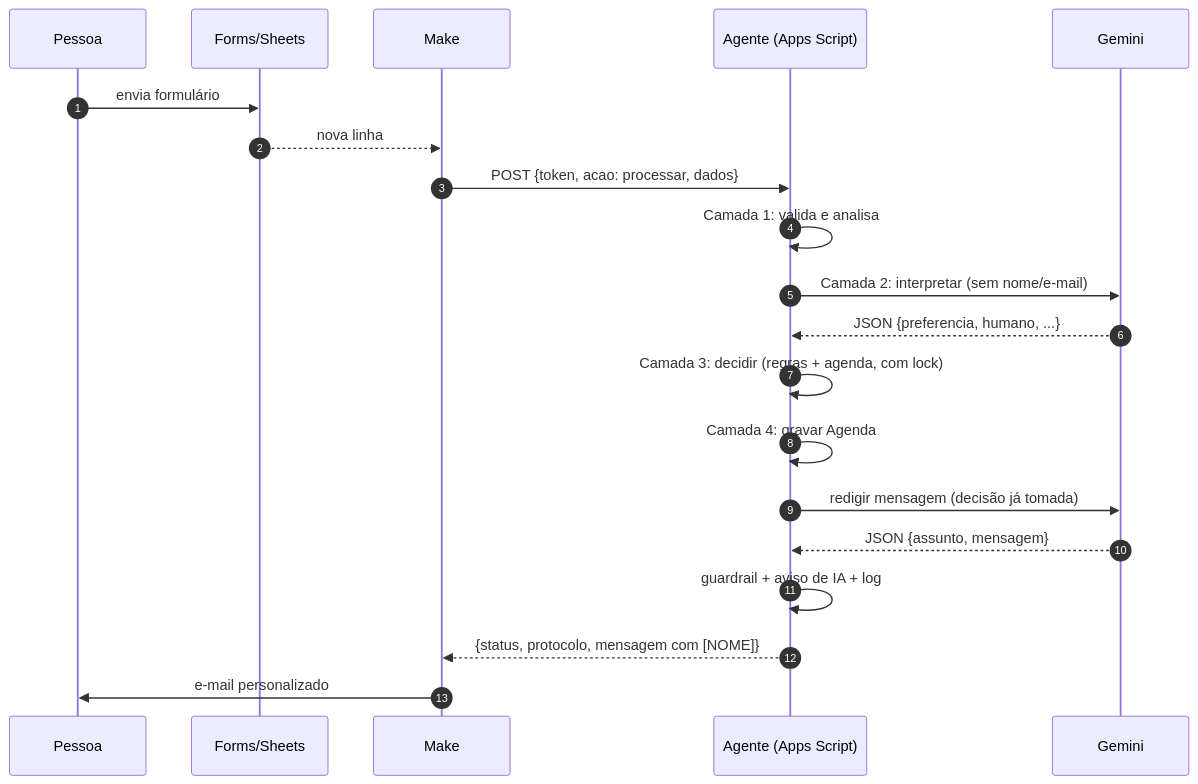
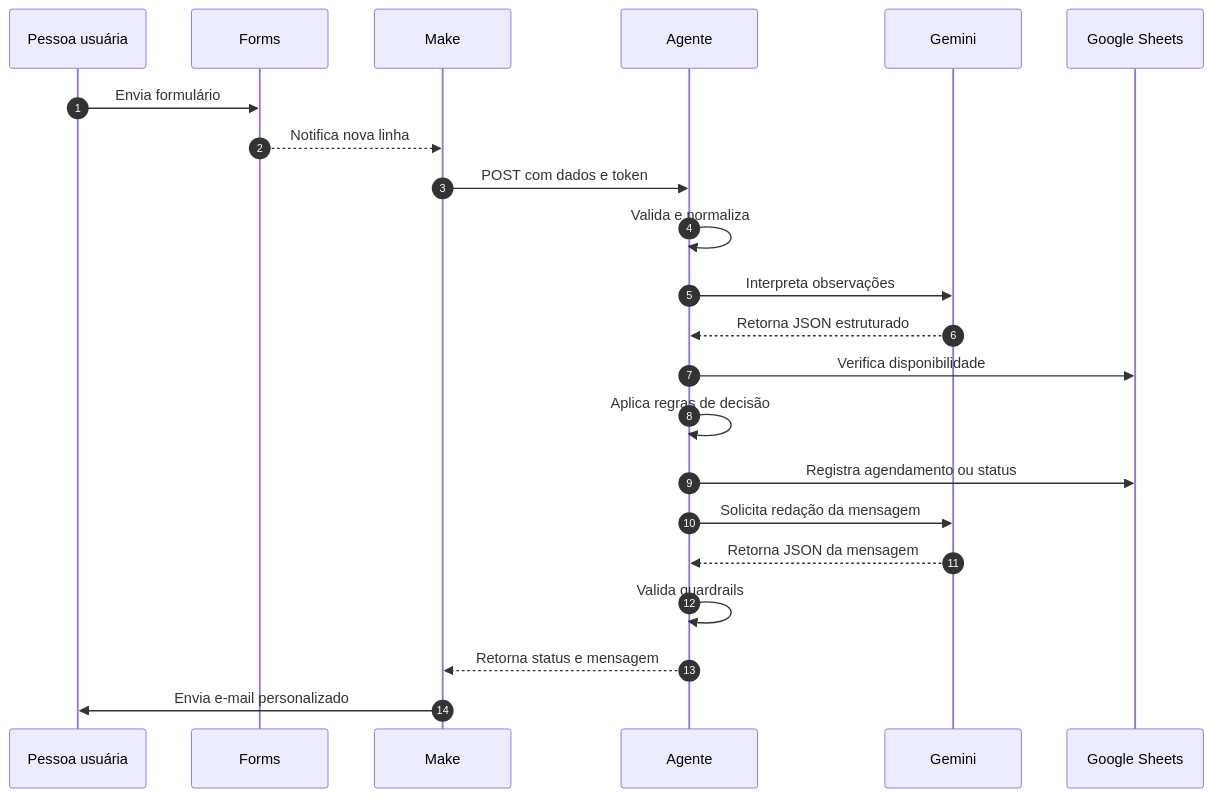
The third of 3 diagrams in AgendaFacil-2.0/README.md (maraaujo/tendencias_ia), drawn with Mermaid before and after one commit. The commit also changed other lines of this file, not shown here.

````diff
--- a/AgendaFacil-2.0/README.md
+++ b/AgendaFacil-2.0/README.md
@@ -235,22 +425,25 @@
 ```mermaid
 sequenceDiagram
     autonumber
-    participant P as Pessoa
-    participant F as Forms/Sheets
+    participant P as Pessoa usuária
+    participant F as Forms
     participant M as Make
-    participant A as Agente (Apps Script)
+    participant A as Agente
     participant G as Gemini
-    P->>F: envia formulário
-    F-->>M: nova linha
-    M->>A: POST {token, acao: processar, dados}
-    A->>A: Camada 1: valida e analisa
-    A->>G: Camada 2: interpretar (sem nome/e-mail)
-    G-->>A: JSON {preferencia, humano, ...}
-    A->>A: Camada 3: decidir (regras + agenda, com lock)
-    A->>A: Camada 4: gravar Agenda
-    A->>G: redigir mensagem (decisão já tomada)
-    G-->>A: JSON {assunto, mensagem}
-    A->>A: guardrail + aviso de IA + log
-    A-->>M: {status, protocolo, mensagem com [NOME]}
-    M->>P: e-mail personalizado
+    participant S as Google Sheets
+
+    P->>F: Envia formulário
+    F-->>M: Notifica nova linha
+    M->>A: POST com dados e token
+    A->>A: Valida e normaliza
+    A->>G: Interpreta observações
+    G-->>A: Retorna JSON estruturado
+    A->>S: Verifica disponibilidade
+    A->>A: Aplica regras de decisão
+    A->>S: Registra agendamento ou status
+    A->>G: Solicita redação da mensagem
+    G-->>A: Retorna JSON da mensagem
+    A->>A: Valida guardrails
+    A-->>M: Retorna status e mensagem
+    M->>P: Envia e-mail personalizado
 ```
````
